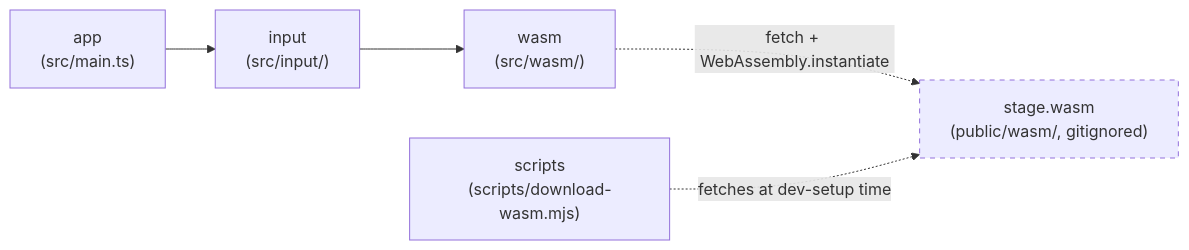
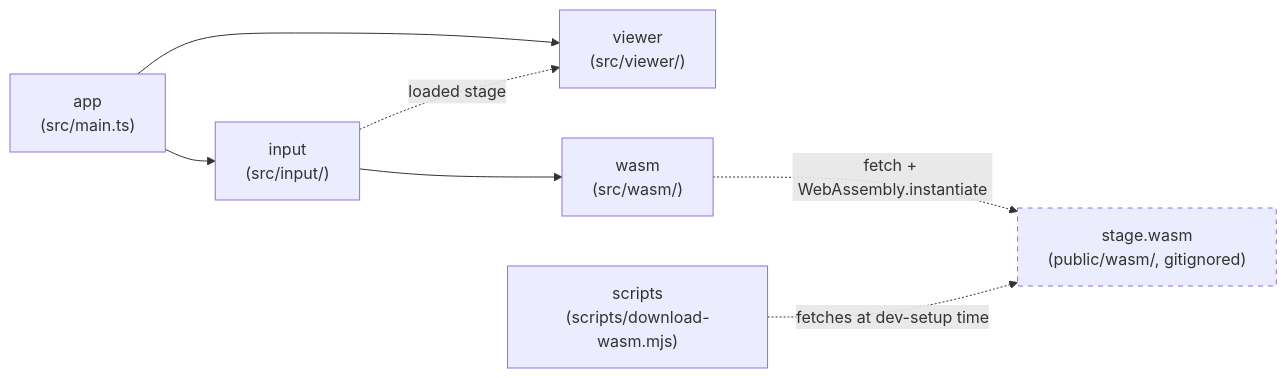
The diagram in docs/architecture.md (openkakutou/stage-viewer-web), drawn with Mermaid before and after one commit. The commit also changed other lines of this file and 16 other files, not shown here.

First line of the commit message:
feat: show a loaded stage's characteristics panel

````diff
--- a/docs/architecture.md
+++ b/docs/architecture.md
@@ -12,9 +12,11 @@
 ```mermaid
 flowchart LR
     app["app\n(src/main.ts)"] --> input["input\n(src/input/)"]
+    app --> viewer["viewer\n(src/viewer/)"]
     input --> wasm["wasm\n(src/wasm/)"]
+    input -.->|loaded stage| viewer
     wasm -.->|fetch + WebAssembly.instantiate| module["stage.wasm\n(public/wasm/, gitignored)"]
     scripts["scripts\n(scripts/download-wasm.mjs)"] -.->|fetches at dev-setup time| module
 
     style module stroke-dasharray: 5 5
 ```
````
